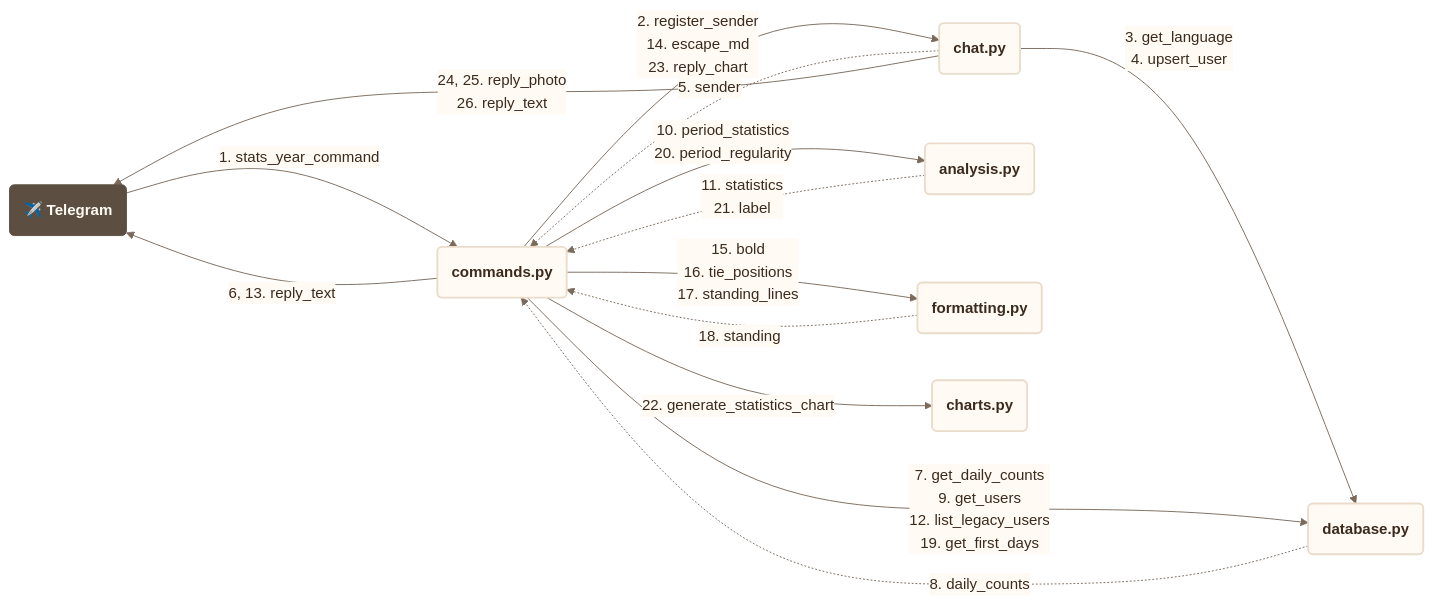
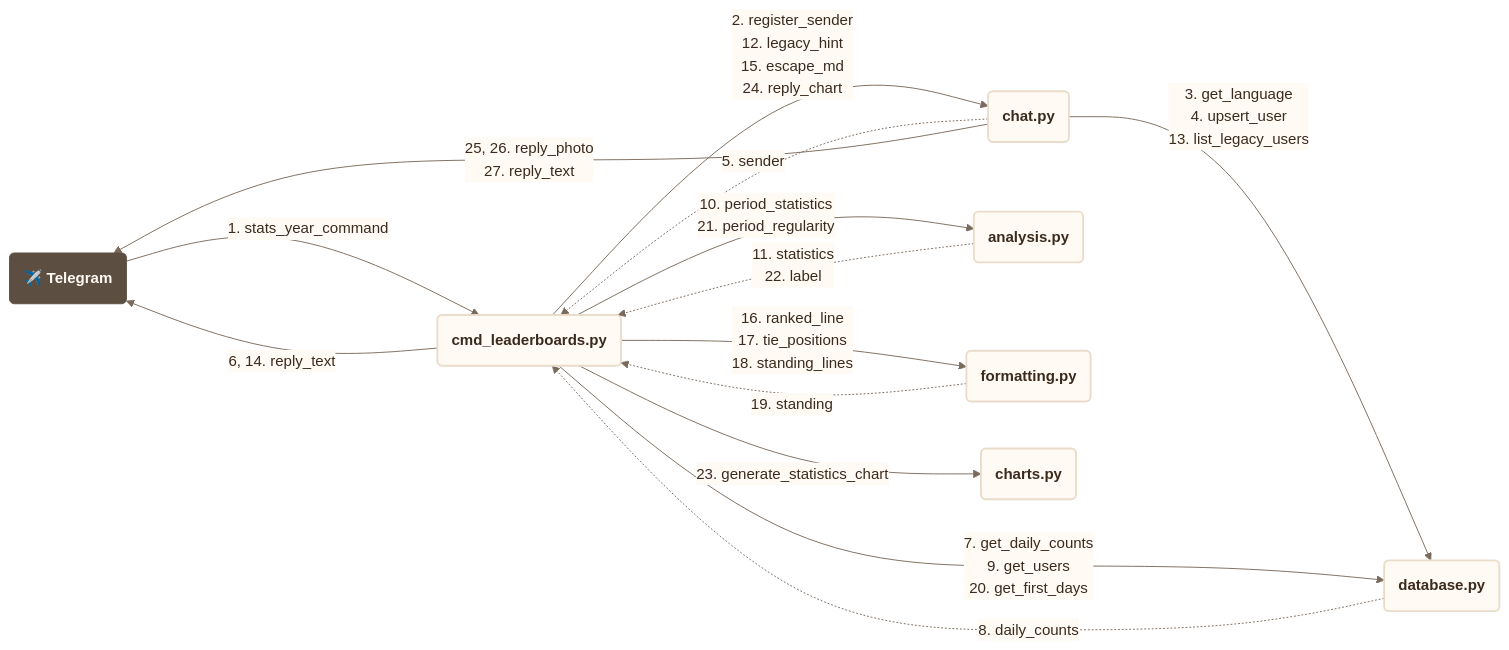
One commit to francescoperrino/Caccometro changed the ninth of 42 diagrams in docs/use_cases.md. Above: the diagram before and after it, drawn with Mermaid. The commit also changed other lines of this file and 30 other files, not shown here.

````diff
--- a/docs/use_cases.md
+++ b/docs/use_cases.md
@@ -725,61 +719,61 @@
 ```mermaid
 ---
 config:
   theme: base
   themeVariables:
     fontFamily: "Nunito, Segoe UI, Roboto, sans-serif"
     primaryColor: "#fffaf3"
     primaryTextColor: "#3b2a1e"
     primaryBorderColor: "#eadccb"
     secondaryColor: "#f7ecdc"
     tertiaryColor: "#f3e4d0"
     lineColor: "#7a6a5c"
     textColor: "#3b2a1e"
     edgeLabelBackground: "#fffaf3"
     clusterBkg: "#f3e4d0"
     clusterBorder: "#cbbca9"
     titleColor: "#5c4f42"
     noteBkgColor: "#f7ecdc"
     noteTextColor: "#3b2a1e"
     actorBkg: "#fffaf3"
     actorBorder: "#5c4f42"
     actorTextColor: "#3b2a1e"
     signalColor: "#7a6a5c"
     signalTextColor: "#3b2a1e"
     labelBoxBkgColor: "#f3e4d0"
     loopTextColor: "#3b2a1e"
     sequenceNumberColor: "#fffaf3"
     xyChart:
       plotColorPalette: "#2f4f8f"
   flowchart:
     nodeSpacing: 50
     rankSpacing: 160
 ---
 flowchart LR
     accTitle: Communication diagram, /stats_year (/statistiche_anno)
     accDescr: The modules involved, the functions each one calls in another and what comes back, numbered as in the sequence
     telegram("<b>✈️ Telegram</b>")
-    commands("<b>commands.py</b>")
+    cmd_leaderboards("<b>cmd_leaderboards.py</b>")
     chat("<b>chat.py</b>")
     database("<b>database.py</b>")
     analysis("<b>analysis.py</b>")
     formatting("<b>formatting.py</b>")
     charts("<b>charts.py</b>")
-    telegram -->|"1.#nbsp;stats_year_command"| commands
-    commands -->|"2.#nbsp;register_sender<br/>14.#nbsp;escape_md<br/>23.#nbsp;reply_chart"| chat
-    chat -->|"3.#nbsp;get_language<br/>4.#nbsp;upsert_user"| database
-    chat -.->|"5.#nbsp;sender"| commands
-    commands -->|"6, 13.#nbsp;reply_text"| telegram
-    commands -->|"7.#nbsp;get_daily_counts<br/>9.#nbsp;get_users<br/>12.#nbsp;list_legacy_users<br/>19.#nbsp;get_first_days"| database
-    database -.->|"8.#nbsp;daily_counts"| commands
-    commands -->|"10.#nbsp;period_statistics<br/>20.#nbsp;period_regularity"| analysis
-    analysis -.->|"11.#nbsp;statistics<br/>21.#nbsp;label"| commands
-    commands -->|"15.#nbsp;bold<br/>16.#nbsp;tie_positions<br/>17.#nbsp;standing_lines"| formatting
-    formatting -.->|"18.#nbsp;standing"| commands
-    commands -->|"22.#nbsp;generate_statistics_chart"| charts
-    chat -->|"24, 25.#nbsp;reply_photo<br/>26.#nbsp;reply_text"| telegram
+    telegram -->|"1.#nbsp;stats_year_command"| cmd_leaderboards
+    cmd_leaderboards -->|"2.#nbsp;register_sender<br/>12.#nbsp;legacy_hint<br/>15.#nbsp;escape_md<br/>24.#nbsp;reply_chart"| chat
+    chat -->|"3.#nbsp;get_language<br/>4.#nbsp;upsert_user<br/>13.#nbsp;list_legacy_users"| database
+    chat -.->|"5.#nbsp;sender"| cmd_leaderboards
+    cmd_leaderboards -->|"6, 14.#nbsp;reply_text"| telegram
+    cmd_leaderboards -->|"7.#nbsp;get_daily_counts<br/>9.#nbsp;get_users<br/>20.#nbsp;get_first_days"| database
+    database -.->|"8.#nbsp;daily_counts"| cmd_leaderboards
+    cmd_leaderboards -->|"10.#nbsp;period_statistics<br/>21.#nbsp;period_regularity"| analysis
+    analysis -.->|"11.#nbsp;statistics<br/>22.#nbsp;label"| cmd_leaderboards
+    cmd_leaderboards -->|"16.#nbsp;ranked_line<br/>17.#nbsp;tie_positions<br/>18.#nbsp;standing_lines"| formatting
+    formatting -.->|"19.#nbsp;standing"| cmd_leaderboards
+    cmd_leaderboards -->|"23.#nbsp;generate_statistics_chart"| charts
+    chat -->|"25, 26.#nbsp;reply_photo<br/>27.#nbsp;reply_text"| telegram
     classDef step fill:#fffaf3,stroke:#eadccb,stroke-width:2px,color:#3b2a1e
     classDef person fill:#5c4f42,stroke:#5c4f42,color:#fffaf3
-    class commands,chat,database,analysis,formatting,charts step
+    class cmd_leaderboards,chat,database,analysis,formatting,charts step
     class telegram person
 ```
````
